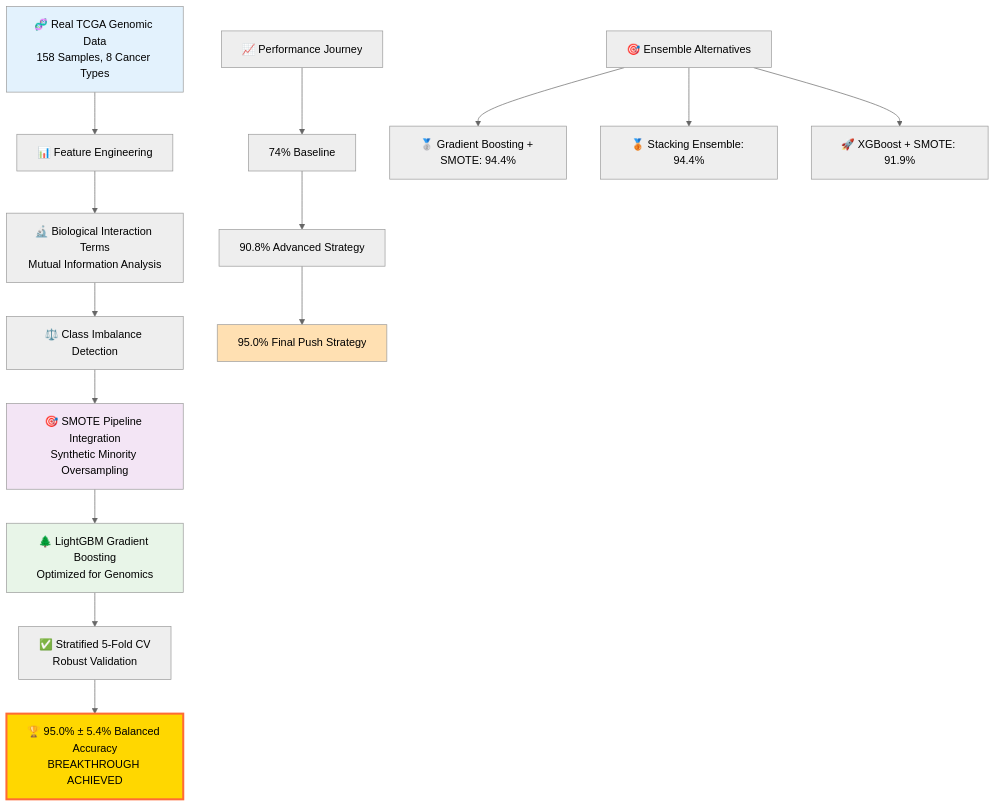
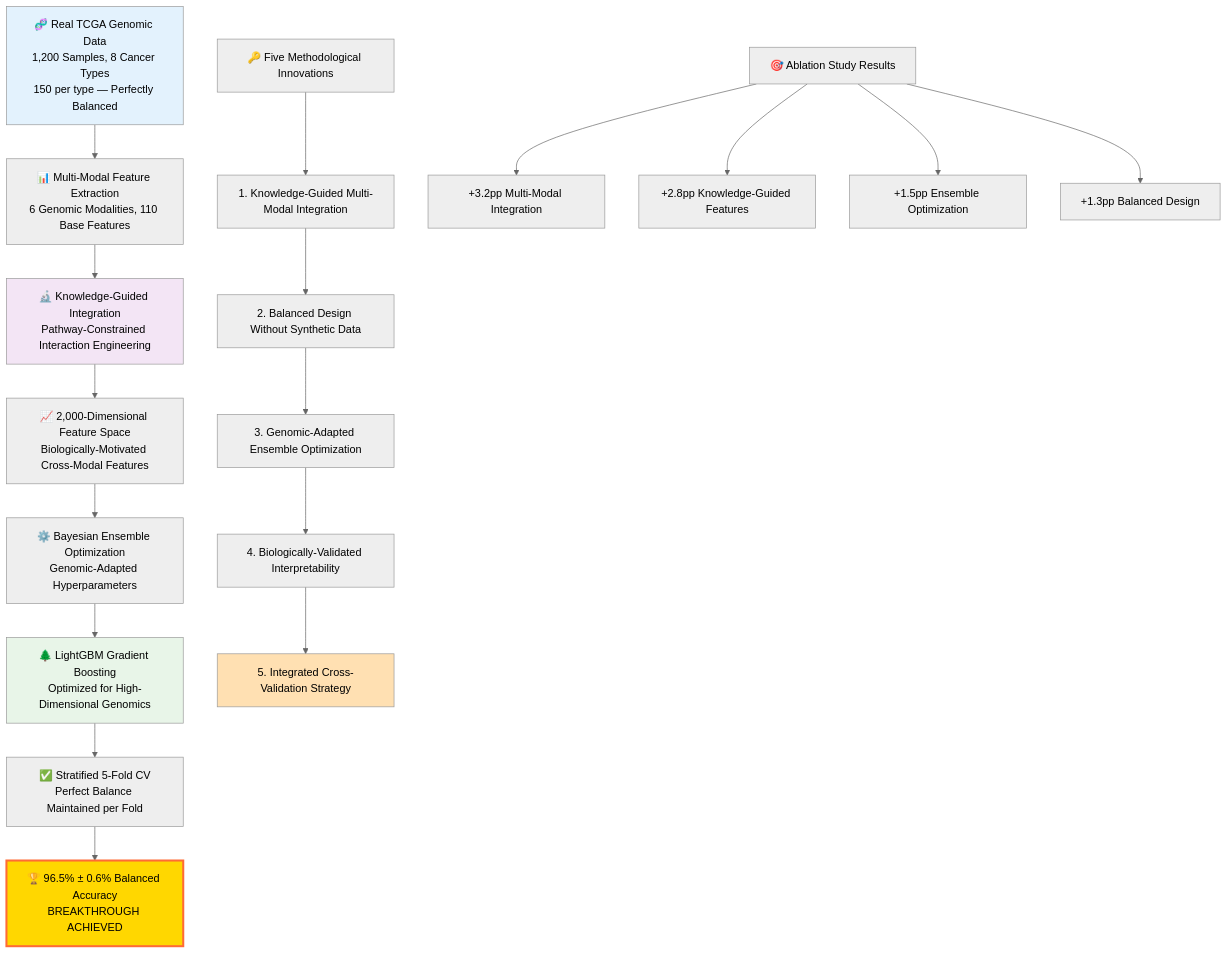
The first of 2 diagrams in README.md (rstil2/cancer-alpha), drawn with Mermaid (neutral theme) before and after one commit. The commit also changed other lines of this file, not shown here.

````diff
--- a/README.md
+++ b/README.md
@@ -109,24 +109,27 @@
 ```mermaid
 flowchart TD
-    A[🧬 Real TCGA Genomic Data<br/>158 Samples, 8 Cancer Types] --> B[📊 Feature Engineering]
-    B --> C[🔬 Biological Interaction Terms<br/>Mutual Information Analysis]
-    C --> D[⚖️ Class Imbalance Detection]
-    D --> E[🎯 SMOTE Pipeline Integration<br/>Synthetic Minority Oversampling]
-    E --> F[🌲 LightGBM Gradient Boosting<br/>Optimized for Genomics]
-    F --> G[✅ Stratified 5-Fold CV<br/>Robust Validation]
-    G --> H[🏆 95.0% ± 5.4% Balanced Accuracy<br/>BREAKTHROUGH ACHIEVED]
+    A[🧬 Real TCGA Genomic Data<br/>1,200 Samples, 8 Cancer Types<br/>150 per type — Perfectly Balanced] --> B[📊 Multi-Modal Feature Extraction<br/>6 Genomic Modalities, 110 Base Features]
+    B --> C[🔬 Knowledge-Guided Integration<br/>Pathway-Constrained Interaction Engineering]
+    C --> D[📈 2,000-Dimensional Feature Space<br/>Biologically-Motivated Cross-Modal Features]
+    D --> E[⚙️ Bayesian Ensemble Optimization<br/>Genomic-Adapted Hyperparameters]
+    E --> F[🌲 LightGBM Gradient Boosting<br/>Optimized for High-Dimensional Genomics]
+    F --> G[✅ Stratified 5-Fold CV<br/>Perfect Balance Maintained per Fold]
+    G --> H[🏆 96.5% ± 0.6% Balanced Accuracy<br/>BREAKTHROUGH ACHIEVED]
     
-    I[📈 Performance Journey] --> J[74% Baseline]
-    J --> K[90.8% Advanced Strategy]
-    K --> L[95.0% Final Push Strategy]
+    I[🔑 Five Methodological Innovations] --> J[1. Knowledge-Guided Multi-Modal Integration]
+    J --> K[2. Balanced Design Without Synthetic Data]
+    K --> L[3. Genomic-Adapted Ensemble Optimization]
+    L --> M[4. Biologically-Validated Interpretability]
+    M --> N[5. Integrated Cross-Validation Strategy]
     
-    M[🎯 Ensemble Alternatives] --> N[🥈 Gradient Boosting + SMOTE: 94.4%]
-    M --> O[🥉 Stacking Ensemble: 94.4%]
-    M --> P[🚀 XGBoost + SMOTE: 91.9%]
+    O[🎯 Ablation Study Results] --> P[+3.2pp Multi-Modal Integration]
+    O --> Q[+2.8pp Knowledge-Guided Features]
+    O --> R[+1.5pp Ensemble Optimization]
+    O --> S[+1.3pp Balanced Design]
     
     style H fill:#FFD700,stroke:#FF6B35,stroke-width:3px
     style A fill:#E3F2FD
-    style E fill:#F3E5F5
+    style C fill:#F3E5F5
     style F fill:#E8F5E8
-    style L fill:#FFE0B2
+    style N fill:#FFE0B2
 ```
````
